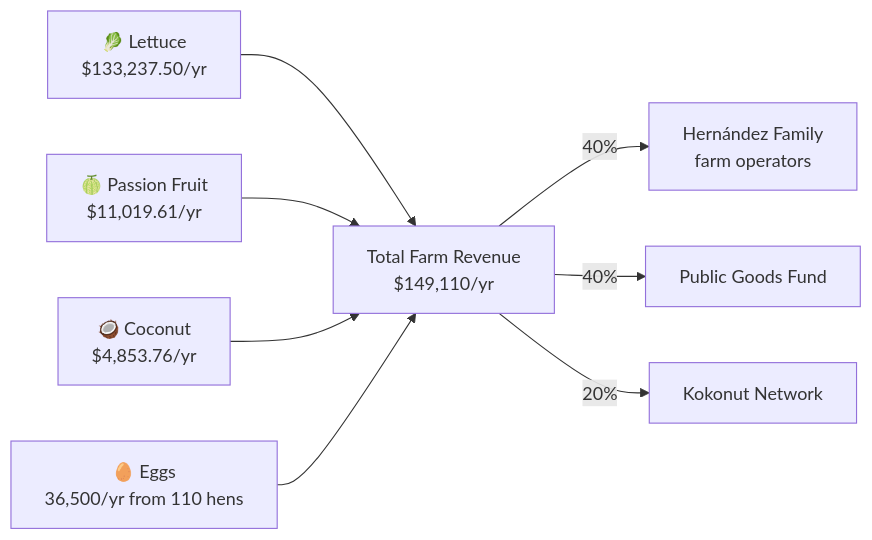
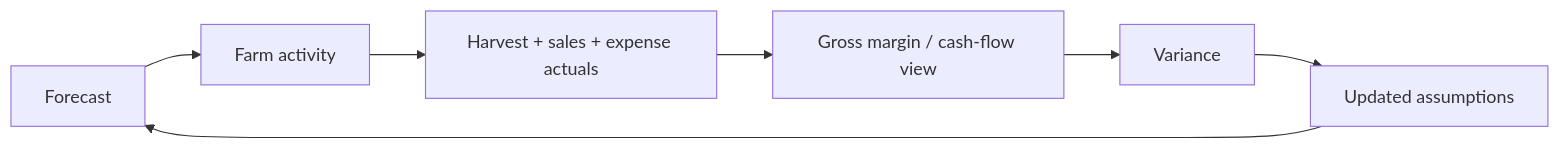
Before and after one commit to wasalo/Kokonut-Public-Site: the second of 6 diagrams in playbooks/regenerative-finance/business-model-and-legal.mdx, drawn with Mermaid. The commit also changed other lines of this file, not shown here.

````diff
--- a/playbooks/regenerative-finance/business-model-and-legal.mdx
+++ b/playbooks/regenerative-finance/business-model-and-legal.mdx
@@ -10,10 +226,9 @@
 ```mermaid
 flowchart LR
-    A["🥬 Lettuce<br/>$133,237.50/yr"] --> E["Total Farm Revenue<br/>$149,110/yr"]
-    B["🍈 Passion Fruit<br/>$11,019.61/yr"] --> E
-    C["🥥 Coconut<br/>$4,853.76/yr"] --> E
-    D["🥚 Eggs<br/>36,500/yr from 110 hens"] --> E
-    E -->|40%| F["Hernández Family<br/>farm operators"]
-    E -->|40%| G["Public Goods Fund"]
-    E -->|20%| H["Kokonut Network"]
+    A["Forecast"] --> B["Farm activity"]
+    B --> C["Harvest + sales + expense actuals"]
+    C --> D["Gross margin / cash-flow view"]
+    D --> E["Variance"]
+    E --> F["Updated assumptions"]
+    F --> A
 ```
````
